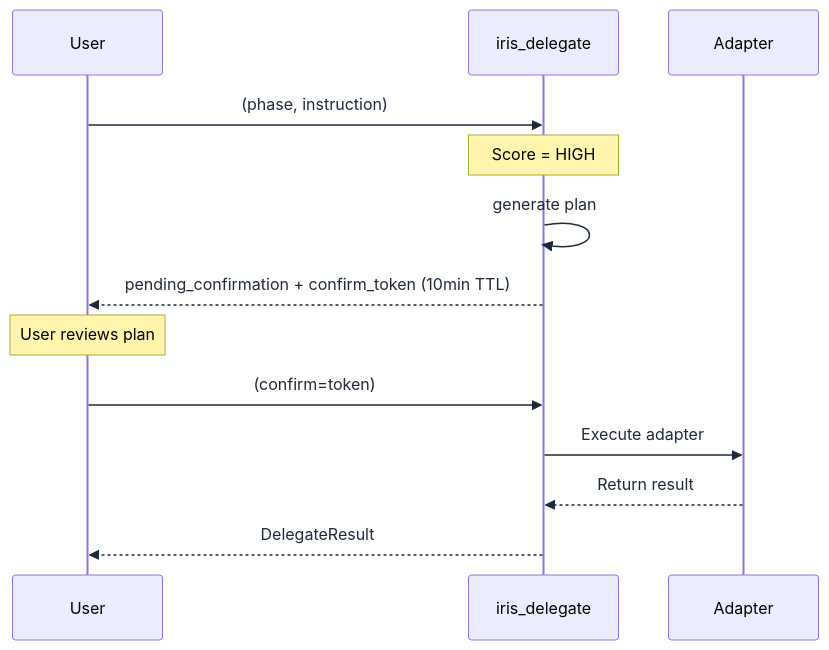
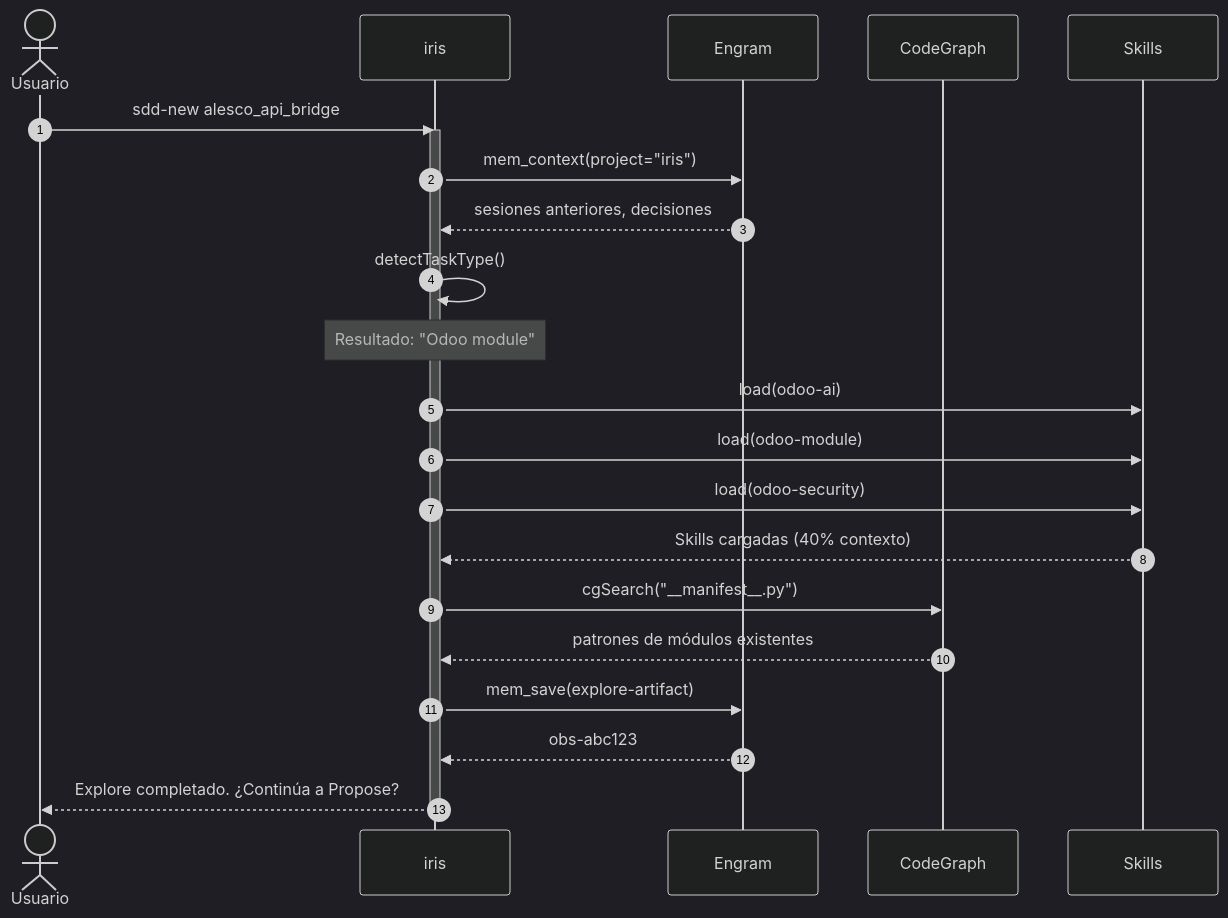
One commit to Geraldow/iris changed the fourth of 5 diagrams in ARCHITECTURE.md. Above: the diagram before and after it, drawn with Mermaid. The commit also changed other lines of this file and 50 other files, not shown here.

````diff
--- a/ARCHITECTURE.md
+++ b/ARCHITECTURE.md
@@ -232,17 +412,33 @@
 ```mermaid
-%%{init: {'theme': 'default', 'themeVariables': {'primaryColor': '#dbeafe', 'primaryTextColor': '#1e293b', 'primaryBorderColor': '#3b82f6', 'lineColor': '#6366f1', 'textColor': '#1e293b', 'clusterBkg': '#eff6ff', 'clusterBorder': '#3b82f6'}}}%%
+%%{init: {'theme': 'dark', 'themeVariables': {'primaryColor': '#1f6feb', 'primaryTextColor': '#ffffff', 'primaryBorderColor': '#22d3ee', 'lineColor': '#8b949e'}}}%%
 sequenceDiagram
-    participant U as User
-    participant I as iris_delegate
-    participant A as Adapter
-
-    U->>I: (phase, instruction)
-    Note over I: Score = HIGH
-    I->>I: generate plan
-    I-->>U: pending_confirmation + confirm_token (10min TTL)
-    Note over U: User reviews plan
-    U->>I: (confirm=token)
-    I->>A: Execute adapter
-    A-->>I: Return result
-    I-->>U: DelegateResult
+    autonumber
+    actor U as Usuario
+    participant I as iris
+    participant E as Engram
+    participant C as CodeGraph
+    participant S as Skills
+    
+    U->>I: sdd-new alesco_api_bridge
+    activate I
+    
+    I->>E: mem_context(project="iris")
+    E-->>I: sesiones anteriores, decisiones
+    
+    I->>I: detectTaskType()
+    Note over I: Resultado: "Odoo module"
+    
+    I->>S: load(odoo-ai)
+    I->>S: load(odoo-module)
+    I->>S: load(odoo-security)
+    S-->>I: Skills cargadas (40% contexto)
+    
+    I->>C: cgSearch("__manifest__.py")
+    C-->>I: patrones de módulos existentes
+    
+    I->>E: mem_save(explore-artifact)
+    E-->>I: obs-abc123
+    
+    I-->>U: Explore completado. ¿Continúa a Propose?
+    deactivate I
 ```
````
